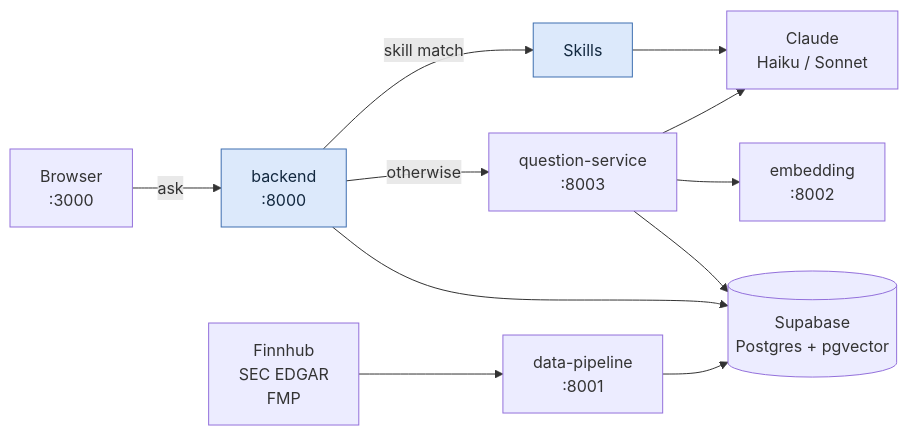
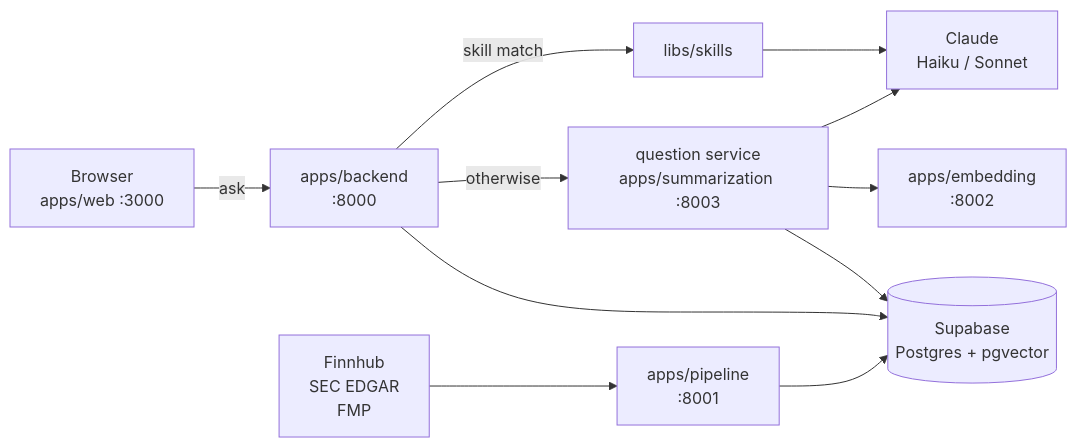
The diagram in README.md (ZeroNoise2026/ZeroNoise), drawn with Mermaid before and after one commit. The commit also changed other lines of this file and 20 other files, not shown here.

````diff
--- a/README.md
+++ b/README.md
@@ -21,15 +25,12 @@
 ```mermaid
 flowchart LR
-  U["Browser<br/>:3000"] -->|"ask"| B["backend<br/>:8000"]
-  B -->|"skill match"| S["Skills"]
-  B -->|"otherwise"| Q["question-service<br/>:8003"]
+  U["Browser<br/>apps/web :3000"] -->|"ask"| B["apps/backend<br/>:8000"]
+  B -->|"skill match"| S["libs/skills"]
+  B -->|"otherwise"| Q["question service<br/>apps/summarization :8003"]
   S --> L["Claude<br/>Haiku / Sonnet"]
   Q --> L
-  Q --> E["embedding<br/>:8002"]
+  Q --> E["apps/embedding<br/>:8002"]
   Q --> DB[("Supabase<br/>Postgres + pgvector")]
   B --> DB
-  V["Finnhub<br/>SEC EDGAR<br/>FMP"] --> P["data-pipeline<br/>:8001"] --> DB
-
-  classDef mine fill:#DCE9FB,stroke:#3E6FB0,color:#12283F
-  class B,S mine
+  V["Finnhub<br/>SEC EDGAR<br/>FMP"] --> P["apps/pipeline<br/>:8001"] --> DB
 ```
````
